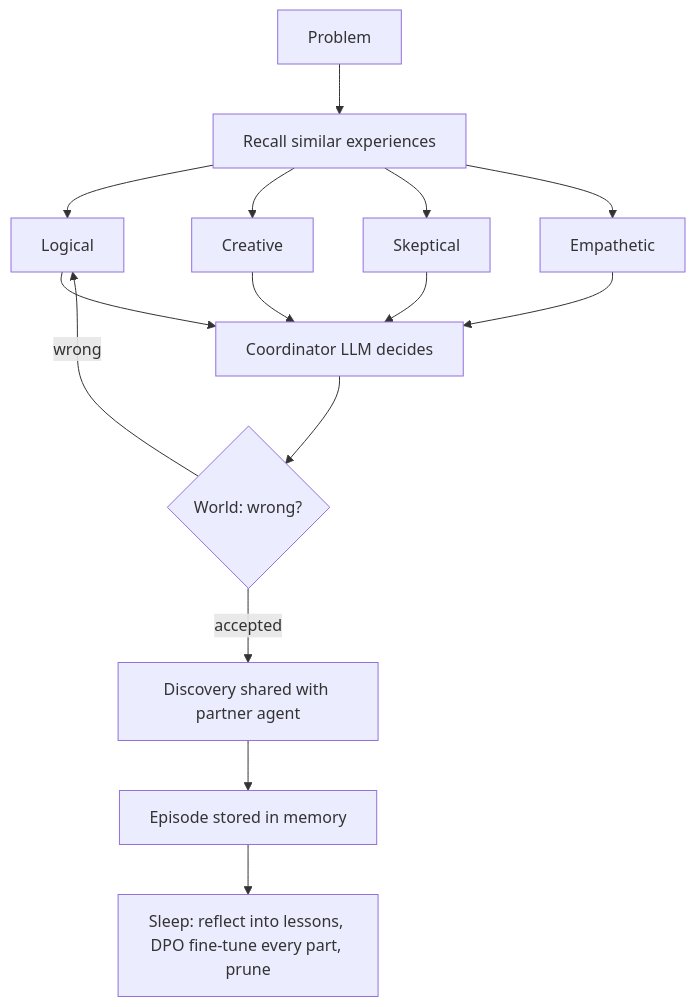
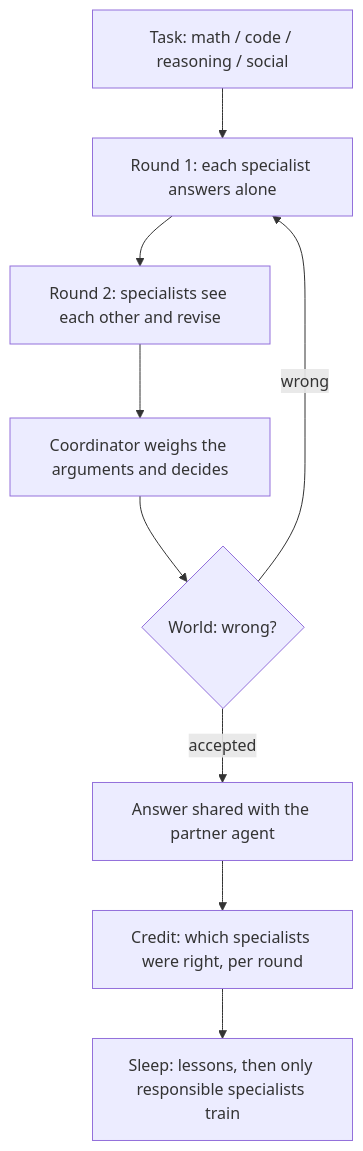
The diagram in README.md (info-arnav/CogArch), drawn with Mermaid before and after one commit. The commit also changed other lines of this file and 47 other files, not shown here.

````diff
--- a/README.md
+++ b/README.md
@@ -16,11 +16,11 @@
 ```mermaid
 graph TD
-    P[Problem] --> R[Recall similar experiences]
-    R --> S1[Logical] & S2[Creative] & S3[Skeptical] & S4[Empathetic]
-    S1 & S2 & S3 & S4 --> C[Coordinator LLM decides]
+    P[Task: math / code / reasoning / social] --> R1[Round 1: each specialist answers alone]
+    R1 --> R2[Round 2: specialists see each other and revise]
+    R2 --> C[Coordinator weighs the arguments and decides]
     C --> W{World: wrong?}
-    W -- wrong --> S1
-    W -- accepted --> D[Discovery shared with partner agent]
-    D --> M[Episode stored in memory]
-    M --> Z[Sleep: reflect into lessons, DPO fine-tune every part, prune]
+    W -- wrong --> R1
+    W -- accepted --> S[Answer shared with the partner agent]
+    S --> K[Credit: which specialists were right, per round]
+    K --> Z[Sleep: lessons, then only responsible specialists train]
 ```
````
